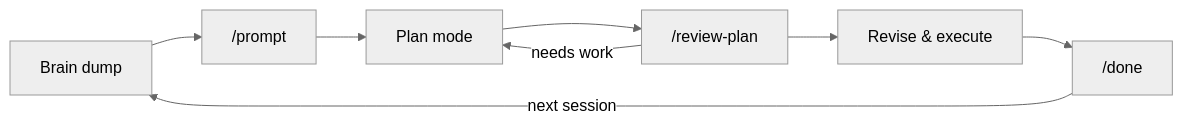
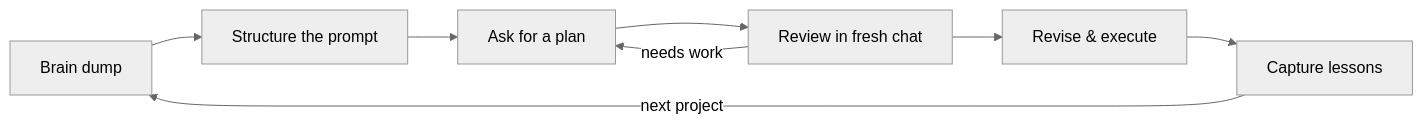
Before and after one commit to willimj3/vaill-coding-agents-workshop: the diagram in docs/workflows/first-session-skills.md, drawn with Mermaid (neutral theme). The commit also changed other lines of this file and 128 other files, not shown here.

````diff
--- a/docs/workflows/first-session-skills.md
+++ b/docs/workflows/first-session-skills.md
@@ -18,10 +18,10 @@
 ```mermaid
 graph LR
-    A["Brain dump"] --> B["/prompt"]
-    B --> C["Plan mode"]
-    C --> D["/review-plan"]
+    A["Brain dump"] --> B["Structure the prompt"]
+    B --> C["Ask for a plan"]
+    C --> D["Review in fresh chat"]
     D --> E["Revise & execute"]
-    E --> F["/done"]
-    F -->|"next session"| A
+    E --> F["Capture lessons"]
+    F -->|"next project"| A
     D -->|"needs work"| C
 ```
````
